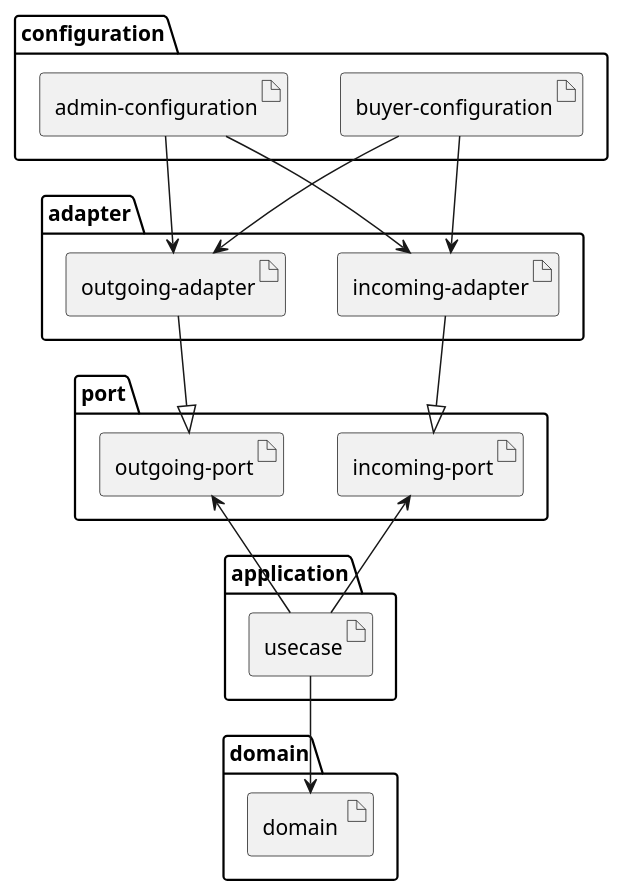
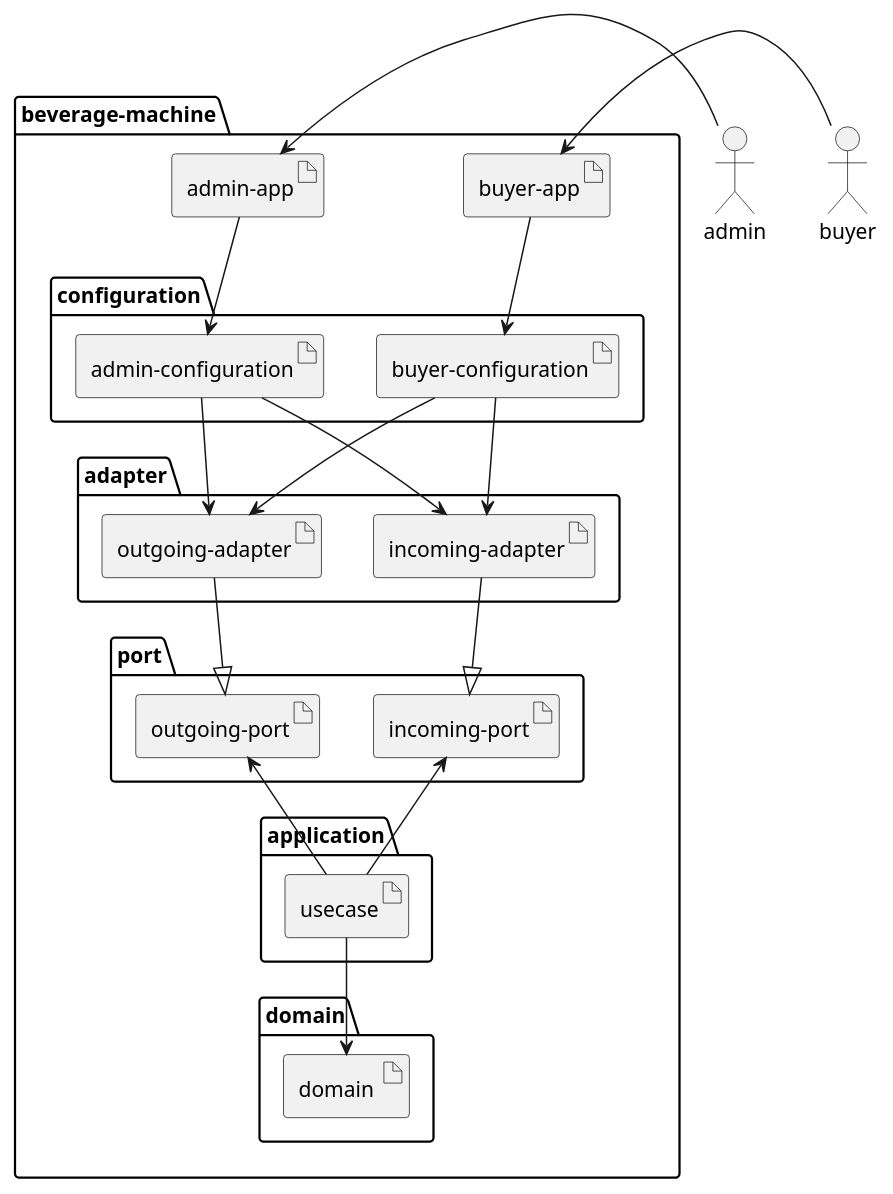
One commit to woowahan-hexagonal-architecture-study/beverage-machine changed the diagram in diagrams/beveragemachine-components.puml. Above: the diagram before and after it, drawn with PlantUML. The commit also changed 2 other files, not shown here.

Commit message:
[INIT] 컴포넌트간 의존성 흐름 다이어그램 변경 및 리드미 추가

```diff
--- a/diagrams/beveragemachine-components.puml
+++ b/diagrams/beveragemachine-components.puml
@@ -1,41 +1,56 @@
 @startuml
+package "beverage-machine" {
+
 package "configuration" {
     artifact "buyer-configuration"
     artifact "admin-configuration"
 }
 
 package "adapter" {
     artifact "incoming-adapter"
     artifact "outgoing-adapter"
 }
 
 package "port" {
     artifact "incoming-port"
     artifact "outgoing-port"
 }
 
 package "application" {
     artifact "usecase"
 }
 
 package "domain" {
     artifact "domain "
 }
 
+artifact "buyer-app"
+artifact "admin-app"
+}
+
 (admin-configuration) --> (incoming-adapter)
 (admin-configuration) --> (outgoing-adapter)
 (buyer-configuration) --> (incoming-adapter)
 (buyer-configuration) --> (outgoing-adapter)
 ' 실은 아래와 같이 configuration은 port에 대한 의존성도 가지고 있다.
 ' (admin-configuration) --> (incoming-port)
 ' (admin-configuration) --> (outgoing-port)
 ' (buyer-configuration) --> (incoming-port)
 ' (buyer-configuration) --> (outgoing-port)
 
 (incoming-adapter) --^ (incoming-port)
 (outgoing-adapter) --^ (outgoing-port)
 
 usecase -up-> (incoming-port)
 usecase -up-> (outgoing-port)
 usecase --> (domain )
+
+(buyer-app) -down-> (buyer-configuration)
+(admin-app) -down-> (admin-configuration)
+
+actor buyer
+actor admin
+
+buyer -left-> (buyer-app)
+admin -left-> (admin-app)
 @enduml
```
